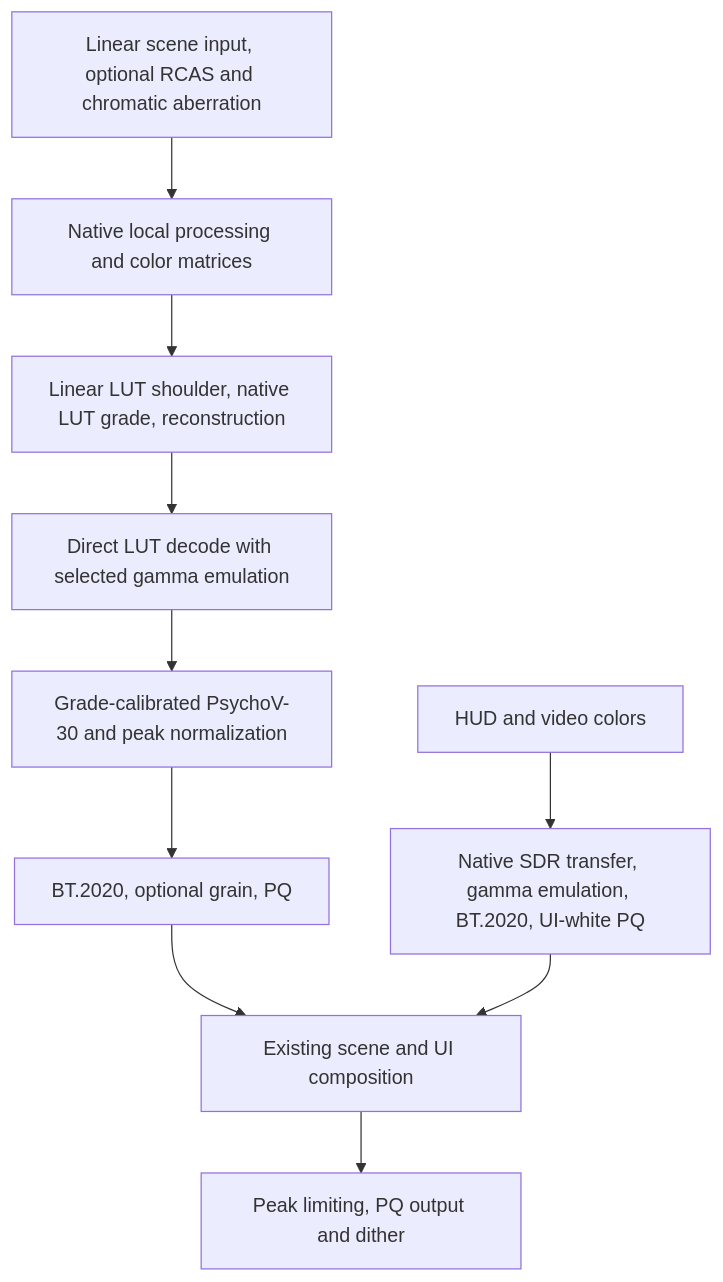
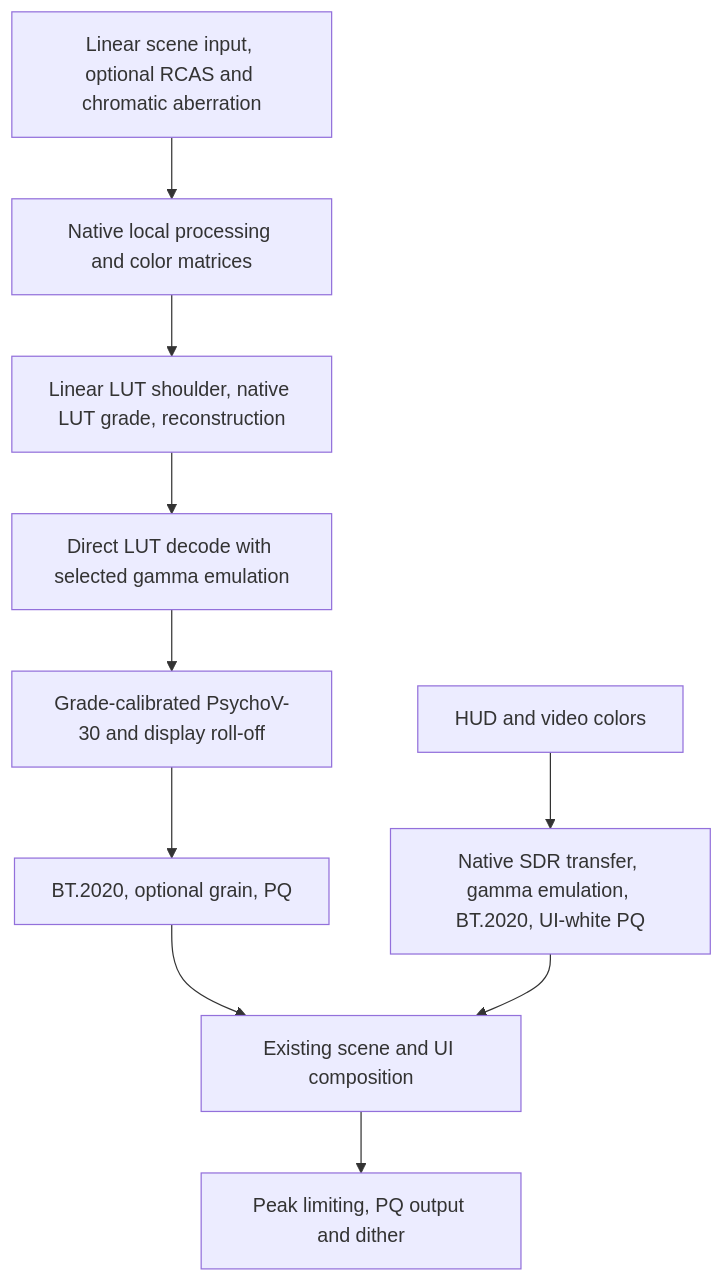
Before and after one commit to hartapfel/renodx: the diagram in src/games/gotsushima/README.md, drawn with Mermaid. The commit also changed other lines of this file and 4 other files, not shown here.

Commit message:
[mod:gotsushima] Stabilize PsychoV contrast and improve highlight roll-off

````diff
--- a/src/games/gotsushima/README.md
+++ b/src/games/gotsushima/README.md
@@ -81,12 +81,12 @@
 ```mermaid
 flowchart TD
     A[Linear scene input, optional RCAS and chromatic aberration] --> B[Native local processing and color matrices]
     B --> C[Linear LUT shoulder, native LUT grade, reconstruction]
     C --> T[Direct LUT decode with selected gamma emulation]
-    T --> D[Grade-calibrated PsychoV-30 and peak normalization]
+    T --> D[Grade-calibrated PsychoV-30 and display roll-off]
     D --> E[BT.2020, optional grain, PQ]
     U[HUD and video colors] --> V[Native SDR transfer, gamma emulation, BT.2020, UI-white PQ]
     E --> F[Existing scene and UI composition]
     V --> F
     F --> G[Peak limiting, PQ output and dither]
 ```
````
